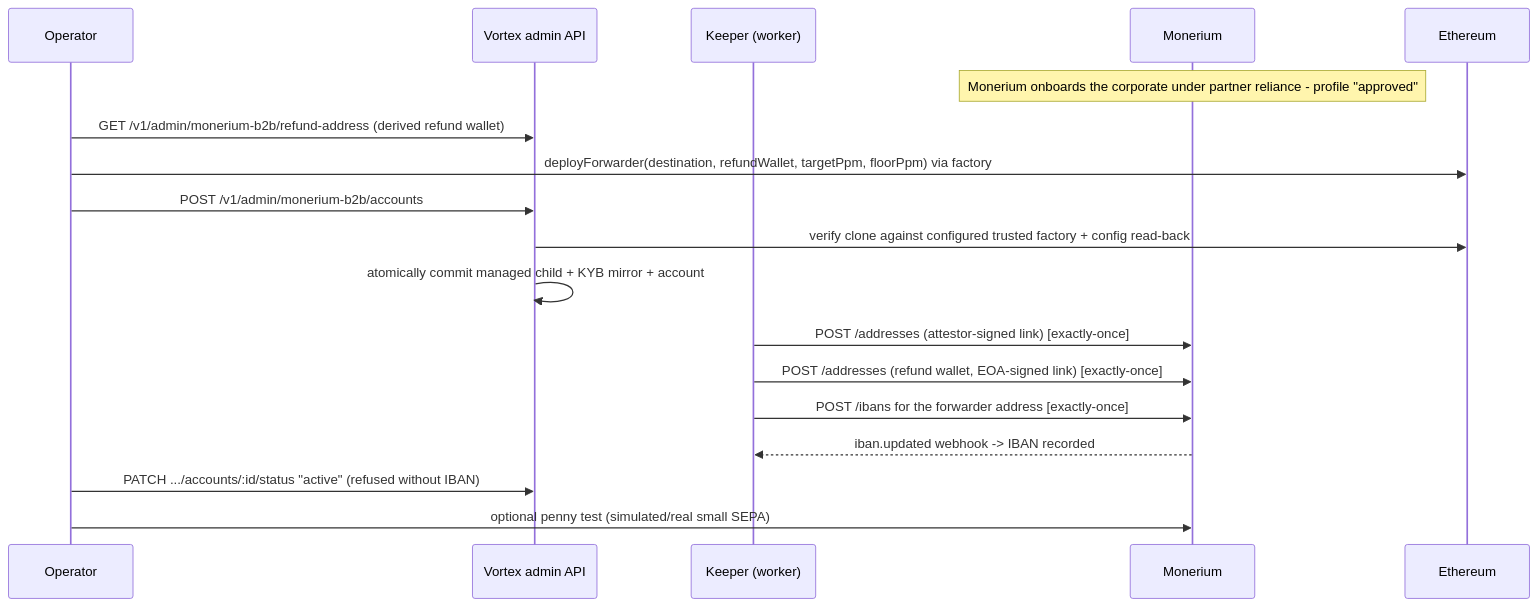
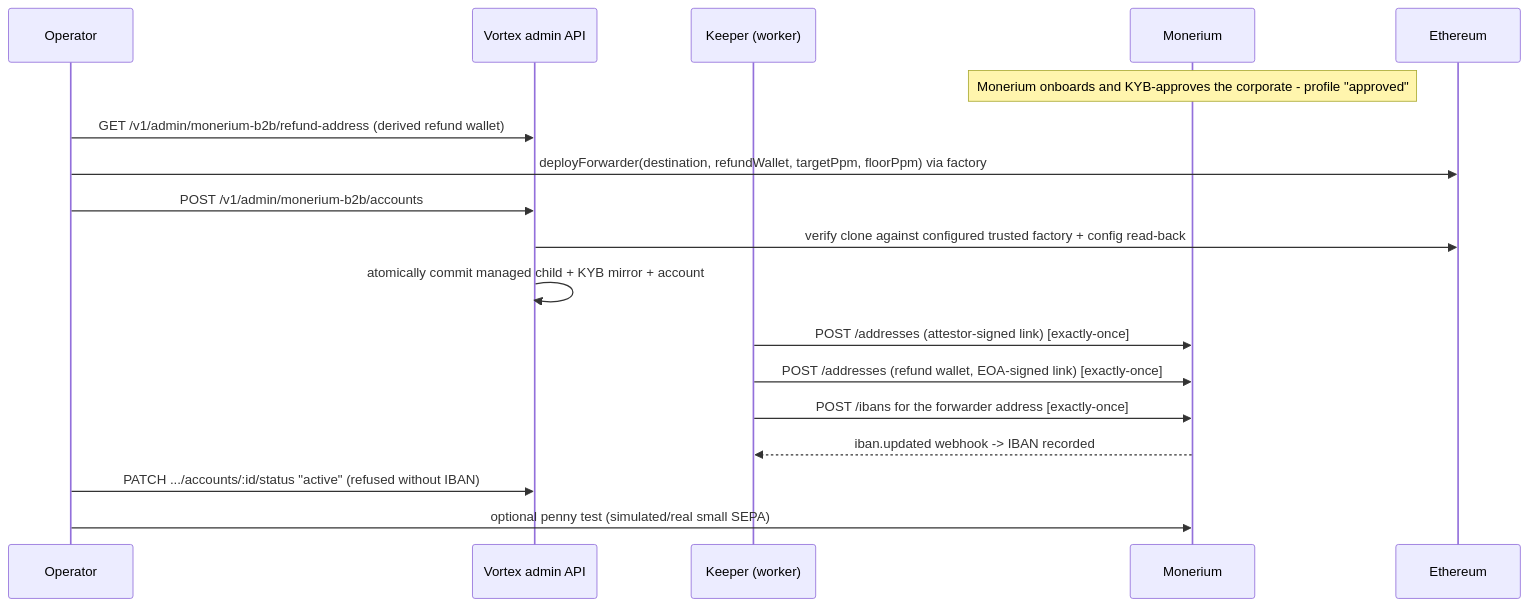
One commit to pendulum-chain/vortex changed the second of 8 diagrams in docs/architecture-monerium-b2b-onramp.md. Above: the diagram before and after it, drawn with Mermaid. The commit also changed other lines of this file and 6 other files, not shown here.

````diff
--- a/docs/architecture-monerium-b2b-onramp.md
+++ b/docs/architecture-monerium-b2b-onramp.md
@@ -114,21 +114,21 @@
 ```mermaid
 sequenceDiagram
     participant Op as Operator
     participant Adm as Vortex admin API
     participant K as Keeper (worker)
     participant M as Monerium
     participant C as Ethereum
 
-    Note over M: Monerium onboards the corporate under partner reliance - profile "approved"
+    Note over M: Monerium onboards and KYB-approves the corporate - profile "approved"
     Op->>Adm: GET /v1/admin/monerium-b2b/refund-address (derived refund wallet)
     Op->>C: deployForwarder(destination, refundWallet, targetPpm, floorPpm) via factory
     Op->>Adm: POST /v1/admin/monerium-b2b/accounts
     Adm->>C: verify clone against configured trusted factory + config read-back
     Adm->>Adm: atomically commit managed child + KYB mirror + account
     K->>M: POST /addresses (attestor-signed link)  [exactly-once]
     K->>M: POST /addresses (refund wallet, EOA-signed link)  [exactly-once]
     K->>M: POST /ibans for the forwarder address   [exactly-once]
     M-->>K: iban.updated webhook -> IBAN recorded
     Op->>Adm: PATCH .../accounts/:id/status "active" (refused without IBAN)
     Op->>M: optional penny test (simulated/real small SEPA)
 ```
````
